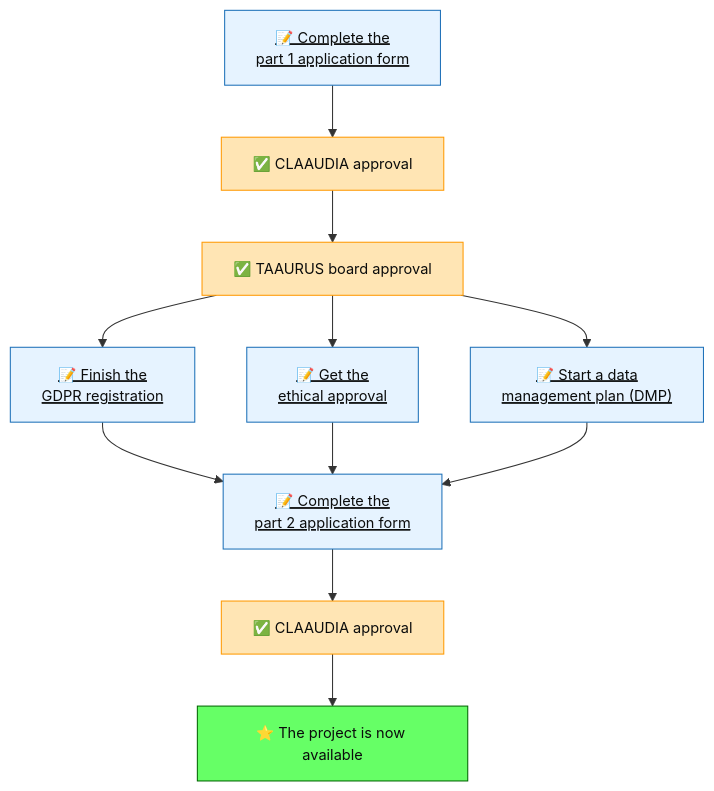
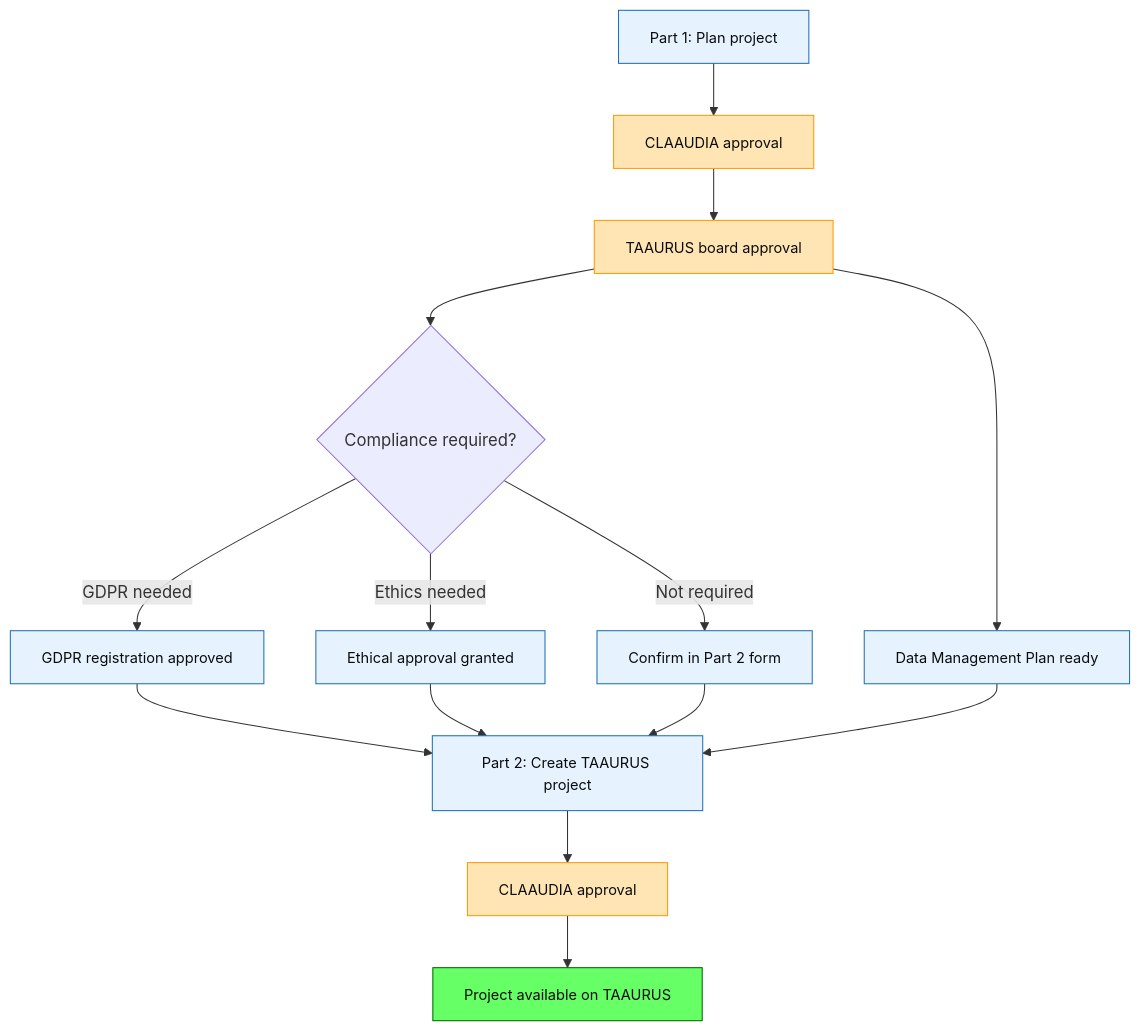
The diagram in docs/taaurus/how-to-access.md (aau-claaudia/hpc), drawn with Mermaid before and after one commit. The commit also changed other lines of this file and 4 other files, not shown here.

````diff
--- a/docs/taaurus/how-to-access.md
+++ b/docs/taaurus/how-to-access.md
@@ -45,28 +80,27 @@
 ```mermaid
 graph TD
-    A["📝 Complete the <br/>part 1 application form"] --> B["✅ CLAAUDIA approval"] --> C["✅ TAAURUS board approval"]
-    C --> D["📝 Finish the <br/> GDPR registration"]
-    C --> E["📝 Get the <br/>ethical approval"]
-    C --> F["📝 Start a data <br/>management plan (DMP)"]
-    D --> G["📝 Complete the <br/>part 2 application form"]
-    E --> G
-    F --> G
-    G --> H["✅ CLAAUDIA approval"]
-    H --> I["⭐ The project is now available"]
+    A["Part 1: Plan project"] --> B["CLAAUDIA approval"]
+    B --> C["TAAURUS board approval"]
+    C --> D{"Compliance required?"}
+    D -->|GDPR needed| E["GDPR registration approved"]
+    D -->|Ethics needed| F["Ethical approval granted"]
+    D -->|Not required| G["Confirm in Part 2 form"]
+    C --> H["Data Management Plan ready"]
+    E --> I["Part 2: Create TAAURUS project"]
+    F --> I
+    G --> I
+    H --> I
+    I --> J["CLAAUDIA approval"]
+    J --> K["Project available on TAAURUS"]
 
-    click A "https://serviceportal.aau.dk/serviceportal?id=sc_cat_item&sys_id=04934a6cc3a5e210f0f3041ad00131fc" "Open application 1 form" _blank
-    click D "https://aaudk.sharepoint.com/sites/persondata-ressourcer/SitePages/Anmeldelse%20og%20registreringer.aspx" "Open gdpr form" _blank
-    click E "https://forms-intern.aau.dk/dialogue/AAU084/Ansgning_om_forskningsetisk_godkendelse" "Open ethical approva form" _blank
-    click F "https://www.researcher.aau.dk/guides/research-data-and-software/data-management/data-management-planning" "Open DMP form" _blank
-    click G "https://serviceportal.aau.dk/serviceportal?id=sc_cat_item&sys_id=3f559ee0c329e210f0f3041ad00131c8" "Open application 2 form" _blank
+    click A "https://serviceportal.aau.dk/serviceportal?id=sc_cat_item&sys_id=04934a6cc3a5e210f0f3041ad00131fc" "Part 1 form" _blank
+    click I "https://serviceportal.aau.dk/serviceportal?id=sc_cat_item&sys_id=3f559ee0c329e210f0f3041ad00131c8" "Part 2 form" _blank
 
-    %% Define classes for colors
-    classDef User fill:#e6f3ff,stroke:#1d70b8,color:#0b0c0c,font-size:14px,text-decoration:underline;;
-    classDef CLAAUDIA fill:#ffe5b4,stroke:#ff9900,color:#0b0c0c,font-size:14px;
-    classDef Completed fill:#66ff66,stroke:#006600,color:#0b0c0c,font-size:14px;
+    classDef user fill:#e6f3ff,stroke:#1d70b8,color:#0b0c0c,font-size:14px;
+    classDef claaudia fill:#ffe5b4,stroke:#ff9900,color:#0b0c0c,font-size:14px;
+    classDef done fill:#66ff66,stroke:#006600,color:#0b0c0c,font-size:14px;
 
-    %% Assign classes
-    class A,D,E,F,G User;
-    class B,C,H CLAAUDIA;
-    class I Completed;
+    class A,E,F,G,H,I user;
+    class B,C,J claaudia;
+    class K done;
 ```
````
